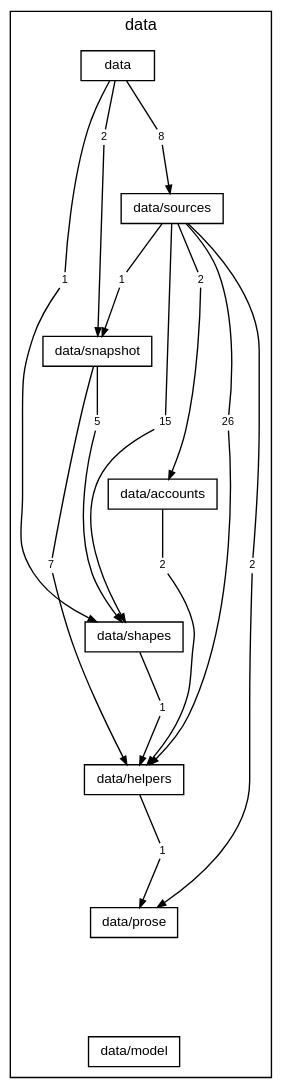
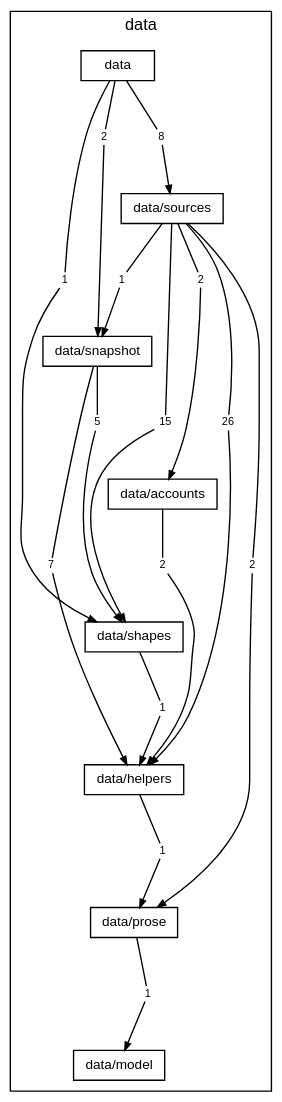
Before and after one commit to TheAxeC/oculus: the diagram in docs/diagrams/layer-data.dot, drawn with Graphviz. The commit also changed 86 other files, not shown here.

```diff
--- a/docs/diagrams/layer-data.dot
+++ b/docs/diagrams/layer-data.dot
@@ -1,62 +1,65 @@
 digraph layer_data {
     graph [bgcolor="transparent", rankdir=TB, newrank=true, mclimit=4, fontname="Helvetica,Arial,sans-serif", fontsize=12, nodesep=0.2, ranksep=0.5];
     node [shape=box, color="black", fontcolor="black", fontname="Helvetica,Arial,sans-serif", fontsize=10, height=0.3, margin="0.12,0.04"];
     edge [color="black", fontcolor="black", fontname="Helvetica,Arial,sans-serif", fontsize=8, arrowsize=0.6];
     subgraph "cluster_data" {
         label="data"; style=solid;
         "folder data" [label="data"];
         "folder data/sources" [label="data/sources"];
         "folder data/snapshot" [label="data/snapshot"];
         "folder data/accounts" [label="data/accounts"];
         "folder data/shapes" [label="data/shapes"];
         "folder data/helpers" [label="data/helpers"];
         "folder data/prose" [label="data/prose"];
         "folder data/model" [label="data/model"];
         "folder data to folder data/shapes" [label="1", shape=box, color="transparent", fontsize=8, width=0, height=0, margin="0.04,0.02"];
         "folder data to folder data/snapshot" [label="2", shape=box, color="transparent", fontsize=8, width=0, height=0, margin="0.04,0.02"];
         "folder data to folder data/sources" [label="8", shape=box, color="transparent", fontsize=8, width=0, height=0, margin="0.04,0.02"];
         "folder data/sources to folder data/accounts" [label="2", shape=box, color="transparent", fontsize=8, width=0, height=0, margin="0.04,0.02"];
         "folder data/sources to folder data/helpers" [label="26", shape=box, color="transparent", fontsize=8, width=0, height=0, margin="0.04,0.02"];
         "folder data/sources to folder data/prose" [label="2", shape=box, color="transparent", fontsize=8, width=0, height=0, margin="0.04,0.02"];
         "folder data/sources to folder data/shapes" [label="15", shape=box, color="transparent", fontsize=8, width=0, height=0, margin="0.04,0.02"];
         "folder data/sources to folder data/snapshot" [label="1", shape=box, color="transparent", fontsize=8, width=0, height=0, margin="0.04,0.02"];
         "folder data/snapshot to folder data/helpers" [label="7", shape=box, color="transparent", fontsize=8, width=0, height=0, margin="0.04,0.02"];
         "folder data/snapshot to folder data/shapes" [label="5", shape=box, color="transparent", fontsize=8, width=0, height=0, margin="0.04,0.02"];
         "folder data/accounts to folder data/helpers" [label="2", shape=box, color="transparent", fontsize=8, width=0, height=0, margin="0.04,0.02"];
         "folder data/shapes to folder data/helpers" [label="1", shape=box, color="transparent", fontsize=8, width=0, height=0, margin="0.04,0.02"];
         "folder data/helpers to folder data/prose" [label="1", shape=box, color="transparent", fontsize=8, width=0, height=0, margin="0.04,0.02"];
+        "folder data/prose to folder data/model" [label="1", shape=box, color="transparent", fontsize=8, width=0, height=0, margin="0.04,0.02"];
     }
     "folder data" -> "folder data/sources" [style=invis, weight=10, minlen=2];
     "folder data/sources" -> "folder data/snapshot" [style=invis, weight=10, minlen=2];
     "folder data/snapshot" -> "folder data/accounts" [style=invis, weight=10, minlen=2];
     "folder data/accounts" -> "folder data/shapes" [style=invis, weight=10, minlen=2];
     "folder data/shapes" -> "folder data/helpers" [style=invis, weight=10, minlen=2];
     "folder data/helpers" -> "folder data/prose" [style=invis, weight=10, minlen=2];
     "folder data/prose" -> "folder data/model" [style=invis, weight=10, minlen=2];
     "folder data" -> "folder data to folder data/shapes" [arrowhead=none, minlen=3, weight=10];
     "folder data to folder data/shapes" -> "folder data/shapes" [];
     "folder data" -> "folder data to folder data/snapshot" [arrowhead=none, minlen=1, weight=10];
     "folder data to folder data/snapshot" -> "folder data/snapshot" [];
     "folder data" -> "folder data to folder data/sources" [arrowhead=none, minlen=1, weight=10];
     "folder data to folder data/sources" -> "folder data/sources" [];
     "folder data/sources" -> "folder data/sources to folder data/accounts" [arrowhead=none, minlen=1, weight=10];
     "folder data/sources to folder data/accounts" -> "folder data/accounts" [];
     "folder data/sources" -> "folder data/sources to folder data/helpers" [arrowhead=none, minlen=3, weight=10];
     "folder data/sources to folder data/helpers" -> "folder data/helpers" [];
     "folder data/sources" -> "folder data/sources to folder data/prose" [arrowhead=none, minlen=5, weight=10];
     "folder data/sources to folder data/prose" -> "folder data/prose" [];
     "folder data/sources" -> "folder data/sources to folder data/shapes" [arrowhead=none, minlen=3, weight=10];
     "folder data/sources to folder data/shapes" -> "folder data/shapes" [];
     "folder data/sources" -> "folder data/sources to folder data/snapshot" [arrowhead=none, minlen=1, weight=10];
     "folder data/sources to folder data/snapshot" -> "folder data/snapshot" [];
     "folder data/snapshot" -> "folder data/snapshot to folder data/helpers" [arrowhead=none, minlen=3, weight=10];
     "folder data/snapshot to folder data/helpers" -> "folder data/helpers" [];
     "folder data/snapshot" -> "folder data/snapshot to folder data/shapes" [arrowhead=none, minlen=1, weight=10];
     "folder data/snapshot to folder data/shapes" -> "folder data/shapes" [];
     "folder data/accounts" -> "folder data/accounts to folder data/helpers" [arrowhead=none, minlen=1, weight=10];
     "folder data/accounts to folder data/helpers" -> "folder data/helpers" [];
     "folder data/shapes" -> "folder data/shapes to folder data/helpers" [arrowhead=none, minlen=1, weight=10];
     "folder data/shapes to folder data/helpers" -> "folder data/helpers" [];
     "folder data/helpers" -> "folder data/helpers to folder data/prose" [arrowhead=none, minlen=1, weight=10];
     "folder data/helpers to folder data/prose" -> "folder data/prose" [];
+    "folder data/prose" -> "folder data/prose to folder data/model" [arrowhead=none, minlen=1, weight=10];
+    "folder data/prose to folder data/model" -> "folder data/model" [];
 }
```
